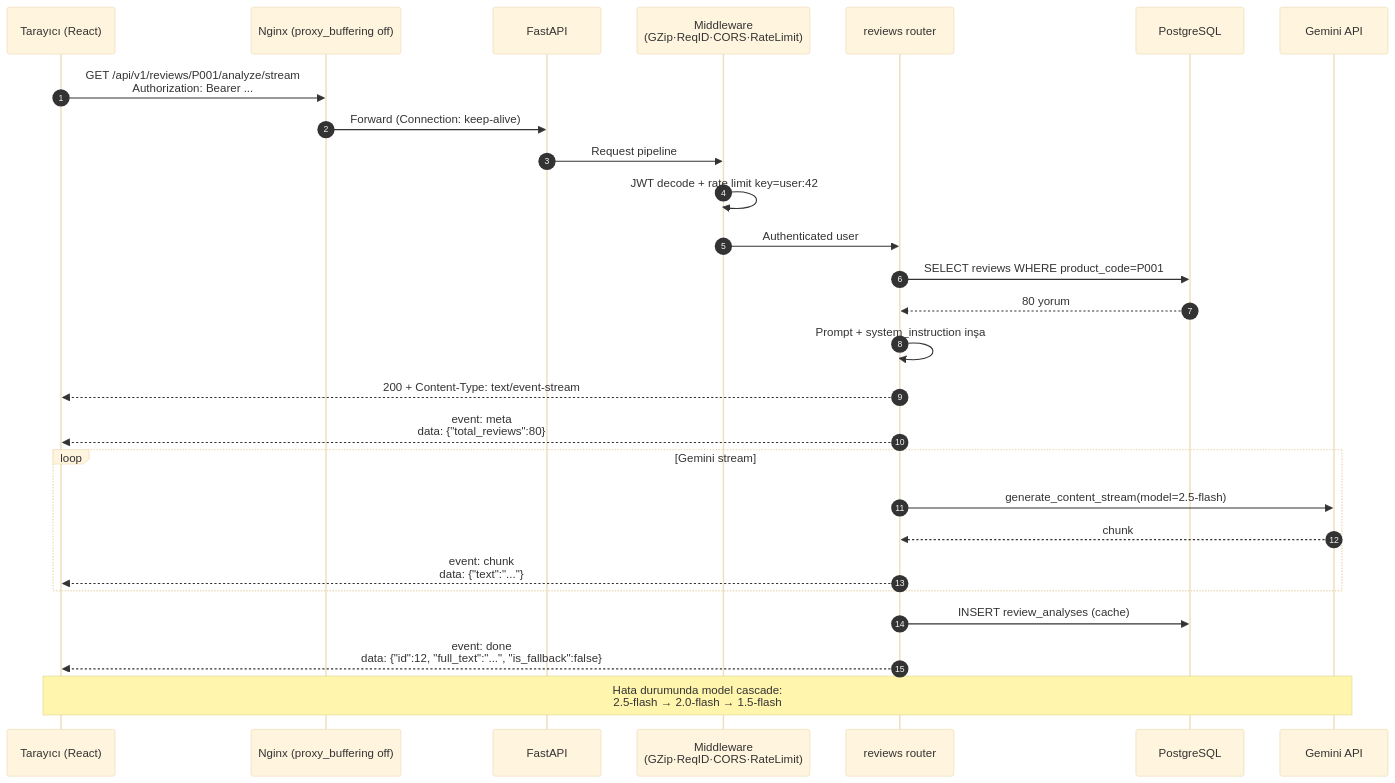
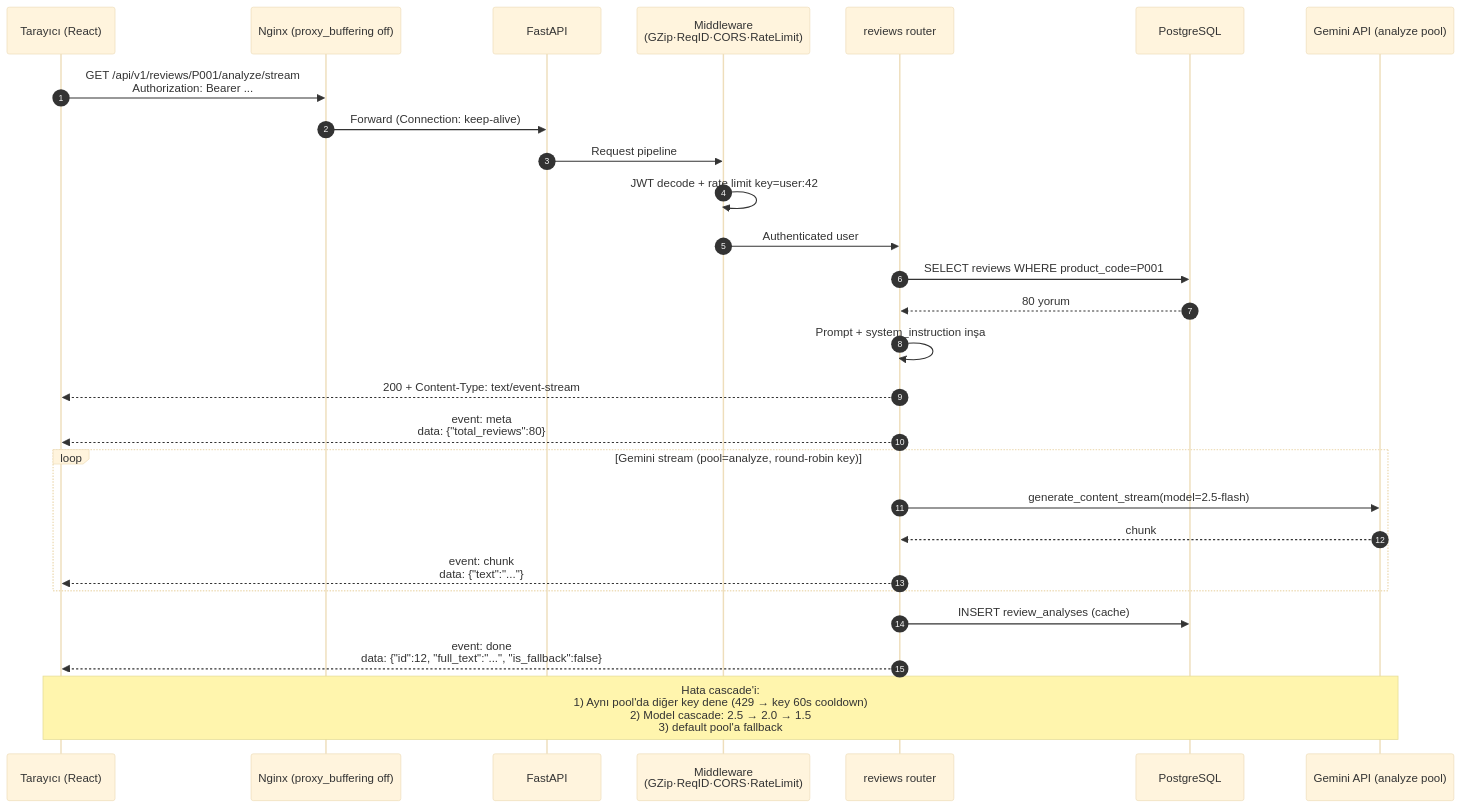
Before and after one commit to umutugrasan/arkus-ai: the second of 10 diagrams in ARCHITECTURE.md, drawn with Mermaid (base theme). The commit also changed other lines of this file and 6 other files, not shown here.

````diff
--- a/ARCHITECTURE.md
+++ b/ARCHITECTURE.md
@@ -191,30 +216,30 @@
 ```mermaid
 sequenceDiagram
     autonumber
     participant U as Tarayıcı (React)
     participant N as Nginx (proxy_buffering off)
     participant F as FastAPI
     participant M as Middleware<br/>(GZip·ReqID·CORS·RateLimit)
     participant R as reviews router
     participant D as PostgreSQL
-    participant G as Gemini API
+    participant G as Gemini API (analyze pool)
 
     U->>N: GET /api/v1/reviews/P001/analyze/stream<br/>Authorization: Bearer ...
     N->>F: Forward (Connection: keep-alive)
     F->>M: Request pipeline
     M->>M: JWT decode + rate limit key=user:42
     M->>R: Authenticated user
     R->>D: SELECT reviews WHERE product_code=P001
     D-->>R: 80 yorum
     R->>R: Prompt + system_instruction inşa
     R-->>U: 200 + Content-Type: text/event-stream
     R-->>U: event: meta<br/>data: {"total_reviews":80}
-    loop Gemini stream
+    loop Gemini stream (pool=analyze, round-robin key)
         R->>G: generate_content_stream(model=2.5-flash)
         G-->>R: chunk
         R-->>U: event: chunk<br/>data: {"text":"..."}
     end
     R->>D: INSERT review_analyses (cache)
     R-->>U: event: done<br/>data: {"id":12, "full_text":"...", "is_fallback":false}
-    Note over U,G: Hata durumunda model cascade:<br/>2.5-flash → 2.0-flash → 1.5-flash
+    Note over U,G: Hata cascade'i:<br/>1) Aynı pool'da diğer key dene (429 → key 60s cooldown)<br/>2) Model cascade: 2.5 → 2.0 → 1.5<br/>3) default pool'a fallback
 ```
````
